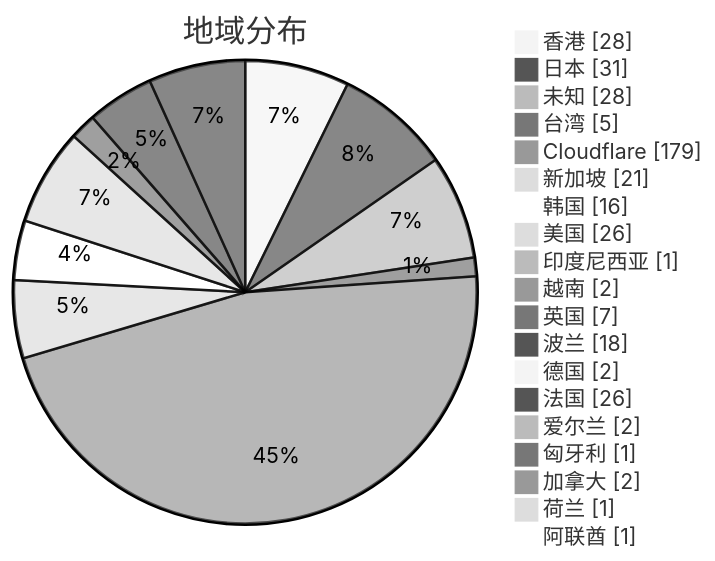
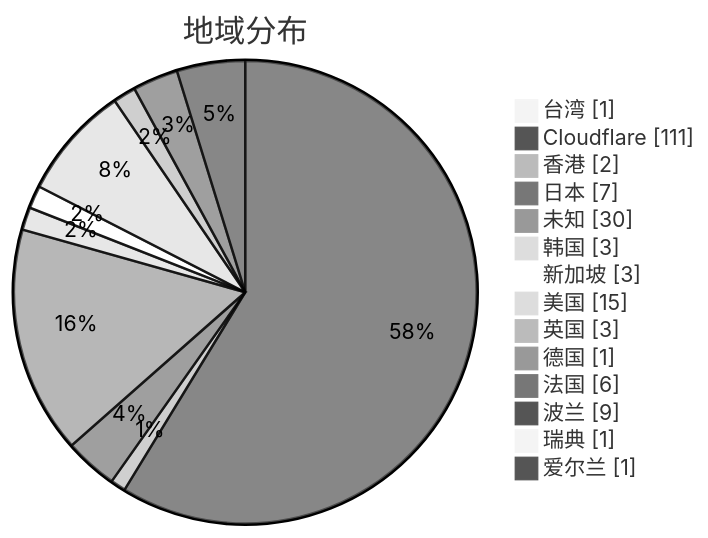
Before and after one commit to qjlxg/airport: the second of 3 diagrams in subs/statistics/tested_within.md, drawn with Mermaid (neutral theme). The commit also changed other lines of this file and 2 other files, not shown here.

Commit message:
Tested by metaST

````diff
--- a/subs/statistics/tested_within.md
+++ b/subs/statistics/tested_within.md
@@ -14,23 +13,18 @@
 ```mermaid
 pie showData
 title 地域分布
-"香港" : 28
-"日本" : 31
-"未知" : 28
-"台湾" : 5
-"Cloudflare" : 179
-"新加坡" : 21
-"韩国" : 16
-"美国" : 26
-"印度尼西亚" : 1
-"越南" : 2
-"英国" : 7
-"波兰" : 18
-"德国" : 2
-"法国" : 26
-"爱尔兰" : 2
-"匈牙利" : 1
-"加拿大" : 2
-"荷兰" : 1
-"阿联酋" : 1
+"台湾" : 1
+"Cloudflare" : 111
+"香港" : 2
+"日本" : 7
+"未知" : 30
+"韩国" : 3
+"新加坡" : 3
+"美国" : 15
+"英国" : 3
+"德国" : 1
+"法国" : 6
+"波兰" : 9
+"瑞典" : 1
+"爱尔兰" : 1
 ```
````
